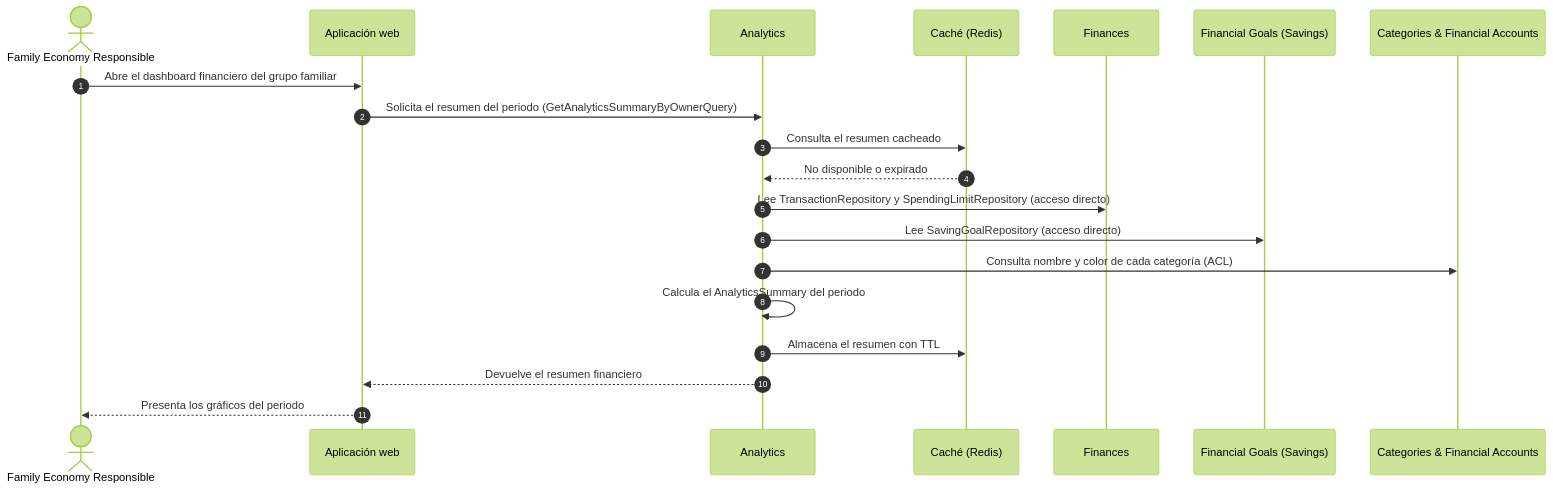
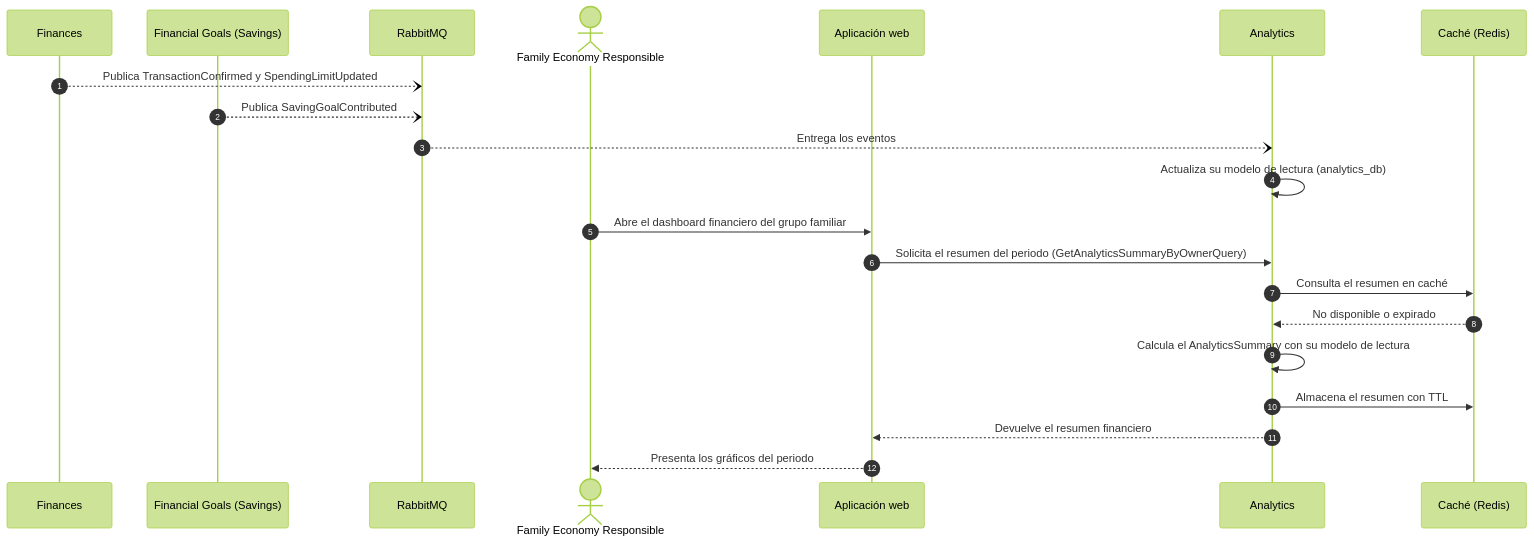
One commit to G3-Arquitectura-de-Software-Emergentes/TF_1ASI0728_202620_TF changed the fifth of 7 diagrams in docs/04-cha04-strategic-level-software-design.md. Above: the diagram before and after it, drawn with Mermaid (forest theme). The commit also changed other lines of this file and 18 other files, not shown here.

````diff
--- a/docs/04-cha04-strategic-level-software-design.md
+++ b/docs/04-cha04-strategic-level-software-design.md
@@ -729,22 +762,23 @@
 ```mermaid
 sequenceDiagram
     autonumber
+    participant FIN as Finances
+    participant SAV as Financial Goals (Savings)
+    participant MQ as RabbitMQ
     actor R as Family Economy Responsible
     participant WEB as Aplicación web
     participant ANA as Analytics
     participant RDS as Caché (Redis)
-    participant FIN as Finances
-    participant SAV as Financial Goals (Savings)
-    participant CAT as Categories & Financial Accounts
+    FIN--)MQ: Publica TransactionConfirmed y SpendingLimitUpdated
+    SAV--)MQ: Publica SavingGoalContributed
+    MQ--)ANA: Entrega los eventos
+    ANA->>ANA: Actualiza su modelo de lectura (analytics_db)
     R->>WEB: Abre el dashboard financiero del grupo familiar
     WEB->>ANA: Solicita el resumen del periodo (GetAnalyticsSummaryByOwnerQuery)
-    ANA->>RDS: Consulta el resumen cacheado
+    ANA->>RDS: Consulta el resumen en caché
     RDS-->>ANA: No disponible o expirado
-    ANA->>FIN: Lee TransactionRepository y SpendingLimitRepository (acceso directo)
-    ANA->>SAV: Lee SavingGoalRepository (acceso directo)
-    ANA->>CAT: Consulta nombre y color de cada categoría (ACL)
-    ANA->>ANA: Calcula el AnalyticsSummary del periodo
+    ANA->>ANA: Calcula el AnalyticsSummary con su modelo de lectura
     ANA->>RDS: Almacena el resumen con TTL
     ANA-->>WEB: Devuelve el resumen financiero
     WEB-->>R: Presenta los gráficos del periodo
 ```
````
